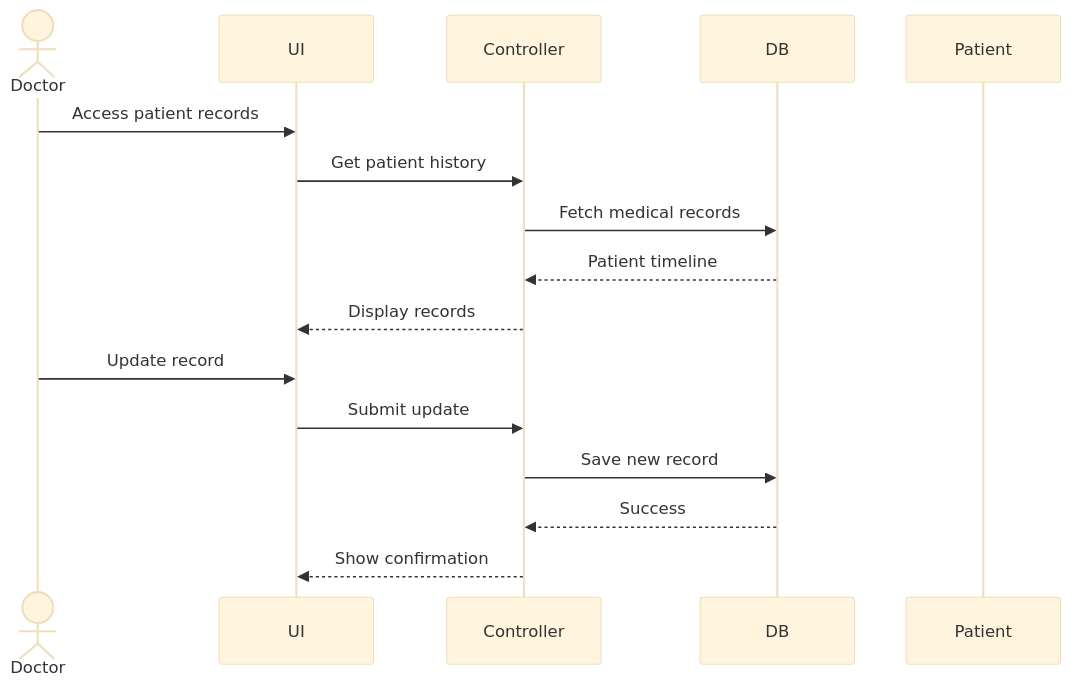
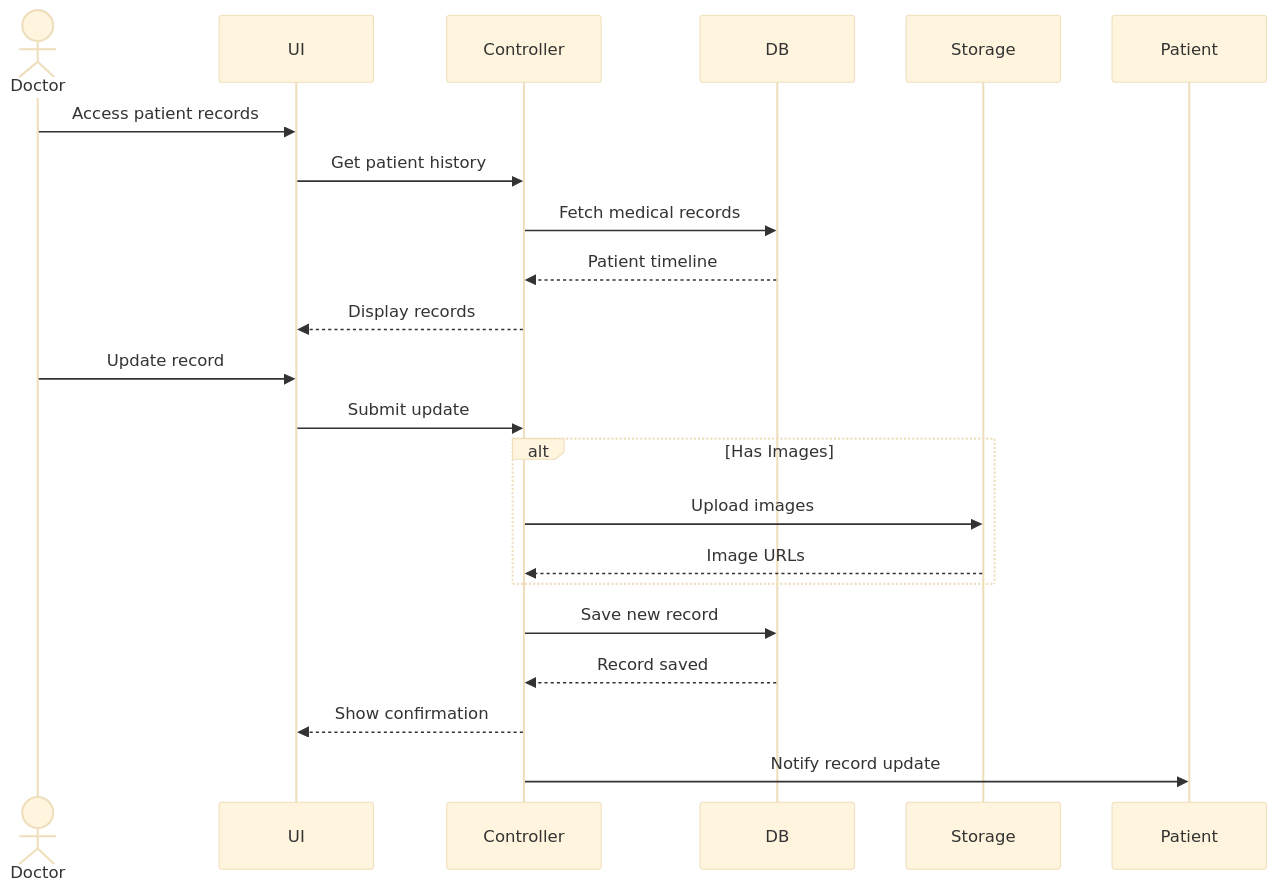
One commit to SazPy/Hospital-Management changed the fourth of 10 diagrams in docs/use-cases.md. Above: the diagram before and after it, drawn with Mermaid (base theme). The commit also changed other lines of this file, not shown here.

````diff
--- a/docs/use-cases.md
+++ b/docs/use-cases.md
@@ -191,20 +348,28 @@
 ```mermaid
 sequenceDiagram
     actor Doctor
     participant UI
     participant Controller
     participant DB
+    participant Storage
     participant Patient
 
     Doctor->>UI: Access patient records
     UI->>Controller: Get patient history
     Controller->>DB: Fetch medical records
     DB-->>Controller: Patient timeline
     Controller-->>UI: Display records
     
     Doctor->>UI: Update record
     UI->>Controller: Submit update
+    
+    alt Has Images
+        Controller->>Storage: Upload images
+        Storage-->>Controller: Image URLs
+    end
+    
     Controller->>DB: Save new record
-    DB-->>Controller: Success
+    DB-->>Controller: Record saved
     Controller-->>UI: Show confirmation
+    Controller->>Patient: Notify record update
 ```
````
